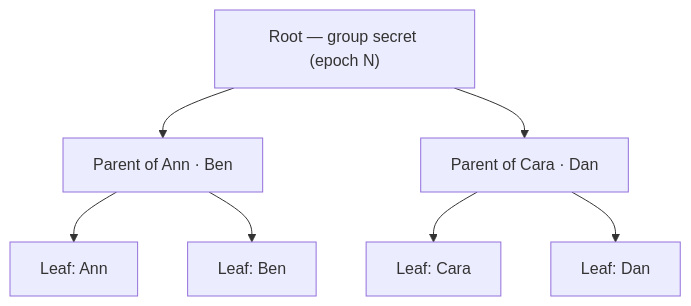
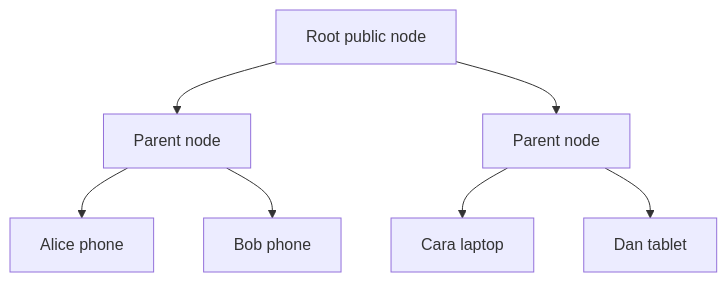
Before and after one commit to quankori/quankori.github.io: the second of 3 diagrams in src/content/tech/2026-e2ee-group-mls.md, drawn with Mermaid. The commit also changed other lines of this file and 41 other files, not shown here.

````diff
--- a/src/content/tech/2026-e2ee-group-mls.md
+++ b/src/content/tech/2026-e2ee-group-mls.md
@@ -25,17 +72,16 @@
 ```mermaid
 graph TD
-  Root["Root — group secret (epoch N)"]
-  PAB["Parent of Ann · Ben"]
-  PCD["Parent of Cara · Dan"]
-  Ann["Leaf: Ann"]
-  Ben["Leaf: Ben"]
-  Cara["Leaf: Cara"]
-  Dan["Leaf: Dan"]
-
-  Root --> PAB
-  Root --> PCD
-  PAB --> Ann
-  PAB --> Ben
-  PCD --> Cara
-  PCD --> Dan
+  R["Root public node"]
+  AB["Parent node"]
+  CD["Parent node"]
+  A["Alice phone"]
+  B["Bob phone"]
+  C["Cara laptop"]
+  D["Dan tablet"]
+  R --> AB
+  R --> CD
+  AB --> A
+  AB --> B
+  CD --> C
+  CD --> D
 ```
````
